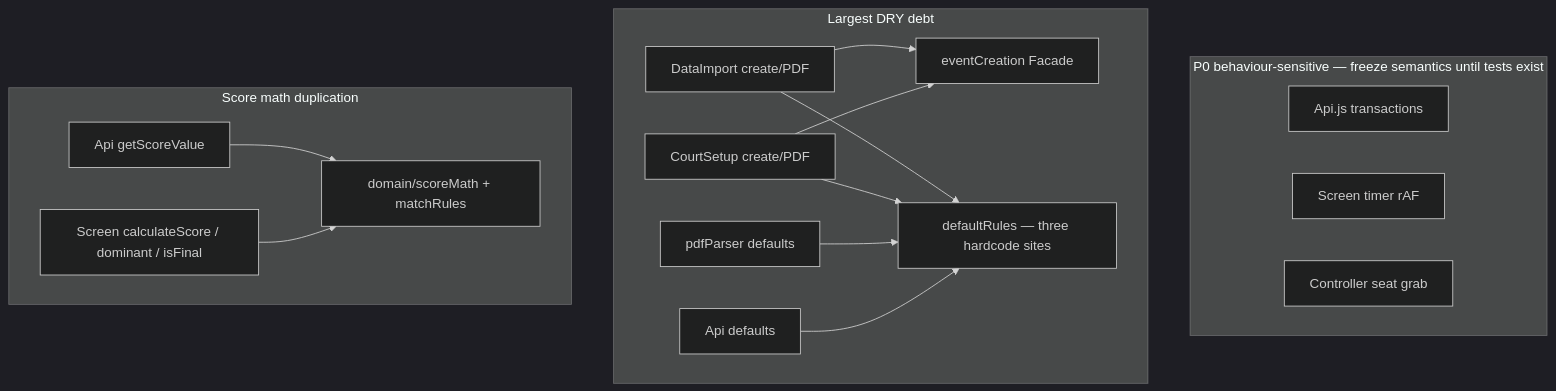
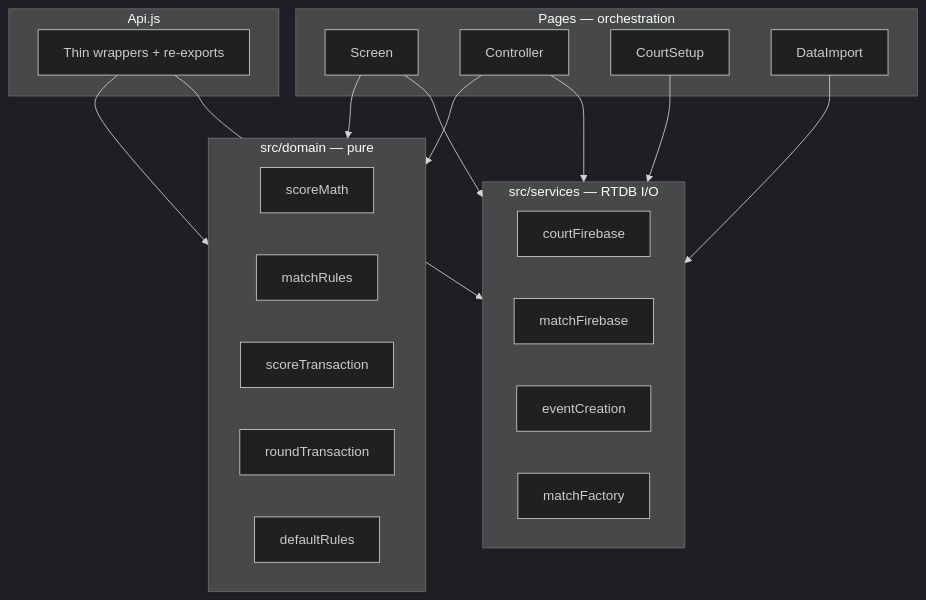
Before and after one commit to CY-Cheung/TKD-scoreboard: the diagram in docs/REFACTORING_PLAN.md, drawn with Mermaid (dark theme). The commit also changed other lines of this file and 1 other file, not shown here.

First line of the commit message:
Refresh Refactoring Plan for completed waves and flat RTDB.

````diff
--- a/docs/REFACTORING_PLAN.md
+++ b/docs/REFACTORING_PLAN.md
@@ -56,27 +56,33 @@
 ```mermaid
 flowchart TB
-  subgraph P0_Risk [P0 behaviour-sensitive — freeze semantics until tests exist]
-    API[Api.js transactions]
-    TIMER[Screen timer rAF]
-    SEAT[Controller seat grab]
+  subgraph UI [Pages — orchestration]
+    Screen
+    Controller
+    CourtSetup
+    DataImport
   end
-  subgraph DRY [Largest DRY debt]
-    DI[DataImport create/PDF]
-    CS[CourtSetup create/PDF]
-    DI --> EVT[eventCreation Facade]
-    CS --> EVT
-    RULES[defaultRules — three hardcode sites]
-    PDF[pdfParser defaults]
-    API2[Api defaults]
-    DI --> RULES
-    CS --> RULES
-    PDF --> RULES
-    API2 --> RULES
+  subgraph Domain [src/domain — pure]
+    scoreMath
+    matchRules
+    scoreTransaction
+    roundTransaction
+    defaultRules
   end
-  subgraph SCORE [Score math duplication]
-    API3[Api getScoreValue]
-    SCR[Screen calculateScore / dominant / isFinal]
-    API3 --> MATH[domain/scoreMath + matchRules]
-    SCR --> MATH
+  subgraph Services [src/services — RTDB I/O]
+    courtFirebase
+    matchFirebase
+    eventCreation
+    matchFactory
   end
+  subgraph Facade [Api.js]
+    ApiThin[Thin wrappers + re-exports]
+  end
+  Screen --> Domain
+  Screen --> Services
+  Controller --> Domain
+  Controller --> Services
+  ApiThin --> Domain
+  ApiThin --> Services
+  CourtSetup --> Services
+  DataImport --> Services
 ```
````
